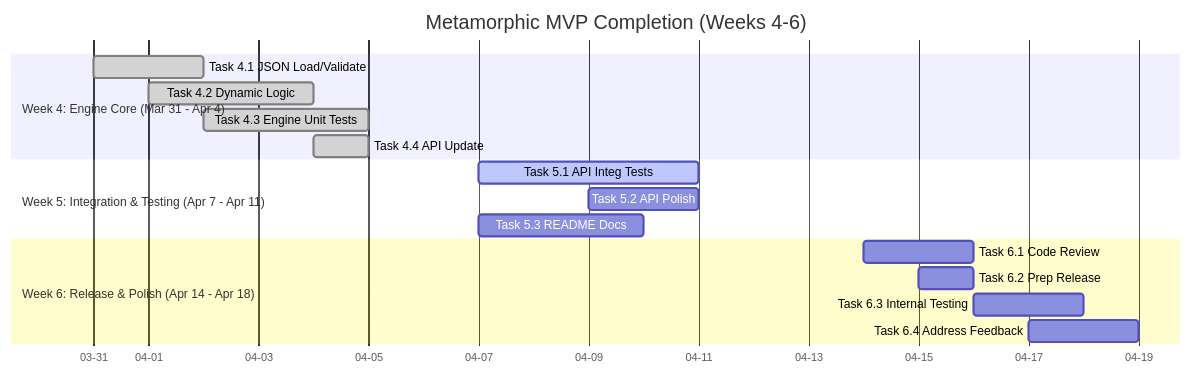
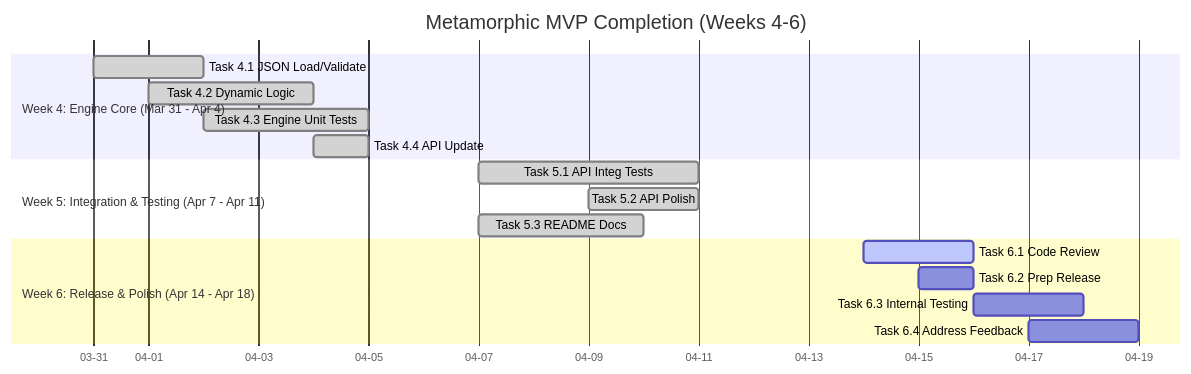
Before and after one commit to tomwolfe/metamorphic-core: the diagram in README.md, drawn with Mermaid. The commit also changed other lines of this file, not shown here.

````diff
--- a/README.md
+++ b/README.md
@@ -202,24 +209,24 @@
 ```mermaid
 gantt
     title Metamorphic MVP Completion (Weeks 4-6)
     dateFormat  YYYY-MM-DD
     axisFormat %m-%d
     todayMarker stroke-width:3px,stroke:#FF0000
 
     section Week 4: Engine Core (Mar 31 - Apr 4)
     Task 4.1 JSON Load/Validate :done, 2025-03-31, 2d
     Task 4.2 Dynamic Logic      :done, 2025-04-01, 3d
     Task 4.3 Engine Unit Tests  :done, 2025-04-02, 3d
     Task 4.4 API Update         :done, 2025-04-04, 1d
 
     section Week 5: Integration & Testing (Apr 7 - Apr 11)
-    Task 5.1 API Integ Tests    :active, 2025-04-07, 4d
-    Task 5.2 API Polish         : 2025-04-09, 2d
-    Task 5.3 README Docs        : 2025-04-07, 3d
+    Task 5.1 API Integ Tests    :done, 2025-04-07, 4d
+    Task 5.2 API Polish         :done, 2025-04-09, 2d
+    Task 5.3 README Docs        :done, 2025-04-07, 3d
 
     section Week 6: Release & Polish (Apr 14 - Apr 18)
-    Task 6.1 Code Review        : 2025-04-14, 2d
+    Task 6.1 Code Review        :active, 2025-04-14, 2d
     Task 6.2 Prep Release       : 2025-04-15, 1d
     Task 6.3 Internal Testing   : 2025-04-16, 2d
     Task 6.4 Address Feedback   : 2025-04-17, 2d
 ```
````
